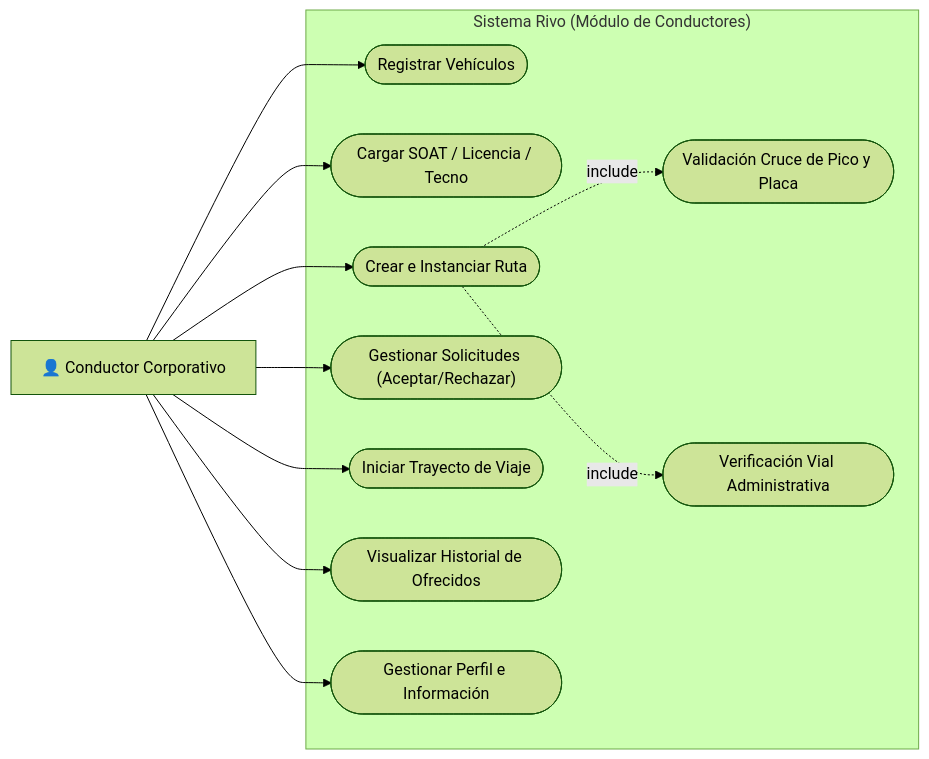
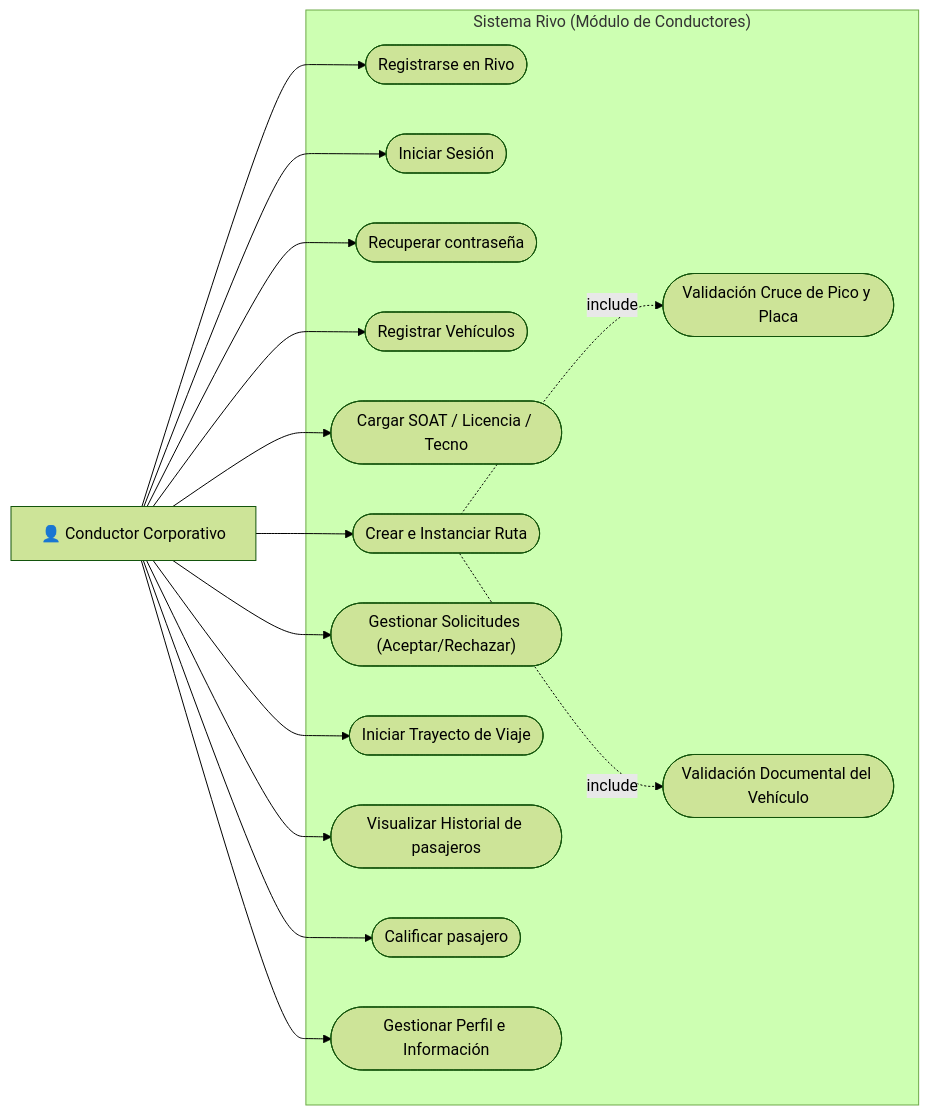
One commit to sandramcarvajal/RIVO-APP changed the diagram in docs/RIVO_Diagramas_Funcionales/02_Casos_De_Uso/Casos_Uso_Conductor.md. Above: the diagram before and after it, drawn with Mermaid (forest theme).

Commit message:
Actualizar los casos de uso para el conductor en la documentación.

````diff
--- a/docs/RIVO_Diagramas_Funcionales/02_Casos_De_Uso/Casos_Uso_Conductor.md
+++ b/docs/RIVO_Diagramas_Funcionales/02_Casos_De_Uso/Casos_Uso_Conductor.md
@@ -10,28 +10,36 @@
 ```mermaid
 flowchart LR
     Conductor["👤 Conductor Corporativo"]
 
     subgraph Sistema ["Sistema Rivo (Módulo de Conductores)"]
+        UC_Registro(["Registrarse en Rivo"])
+        UC_Login(["Iniciar Sesión"])
+        UC_ResetPass(["Recuperar contraseña"])
         UC_RegVehicle(["Registrar Vehículos"])
         UC_UploadDocs(["Cargar SOAT / Licencia / Tecno"])
         UC_CreateRoute(["Crear e Instanciar Ruta"])
         UC_ManageJoin(["Gestionar Solicitudes (Aceptar/Rechazar)"])
         UC_StartRoute(["Iniciar Trayecto de Viaje"])
-        UC_History(["Visualizar Historial de Ofrecidos"])
+        UC_Rating(["Visualizar Historial de pasajeros"])
+        UC_History(["Calificar pasajero"])
         UC_Profile(["Gestionar Perfil e Información"])
         
         UC_CheckPicoYPlaca(["Validación Cruce de Pico y Placa"])
-        UC_CheckStatus(["Verificación Vial Administrativa"])
+        UC_CheckStatus(["Validación Documental del Vehículo"])
     end
 
+    Conductor --> UC_Registro
+    Conductor --> UC_Login
+    Conductor --> UC_ResetPass
     Conductor --> UC_RegVehicle
     Conductor --> UC_UploadDocs
     Conductor --> UC_CreateRoute
     Conductor --> UC_ManageJoin
     Conductor --> UC_StartRoute
+    Conductor --> UC_Rating
     Conductor --> UC_History
     Conductor --> UC_Profile
 
     UC_CreateRoute -.->|include| UC_CheckPicoYPlaca
     UC_CreateRoute -.->|include| UC_CheckStatus
 ```
````
